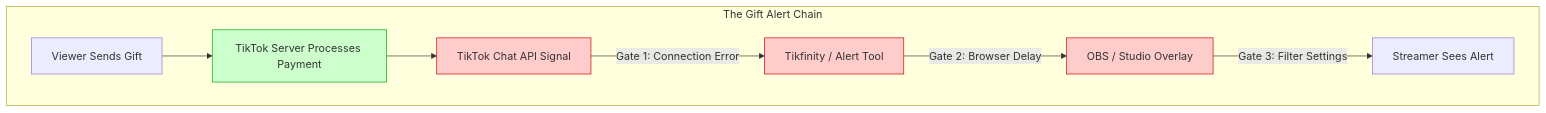
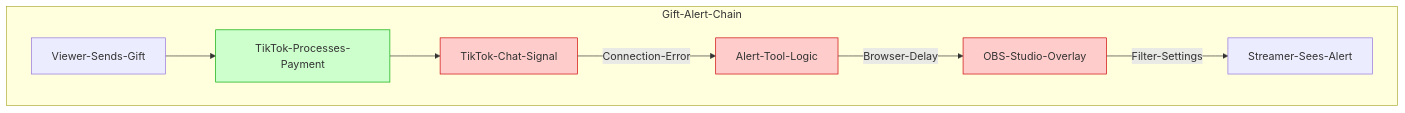
One commit to littl3-boat/ttwise changed the diagram in data/blog/tiktok-live-gifts-not-showing-fix-2026.mdx. Above: the diagram before and after it, drawn with Mermaid. The commit also changed 6 other files, not shown here.

Commit message:
fix: resolve Mermaid syntax errors in recent blog posts

````diff
--- a/data/blog/tiktok-live-gifts-not-showing-fix-2026.mdx
+++ b/data/blog/tiktok-live-gifts-not-showing-fix-2026.mdx
@@ -25,16 +25,16 @@
 ```mermaid
-graph TD
-    subgraph "The Gift Alert Chain"
-        A["Viewer Sends Gift"] --> B["TikTok Server Processes Payment"]
-        B --> C["TikTok Chat API Signal"]
+flowchart TD
+    subgraph Gift-Alert-Chain
+        A[Viewer-Sends-Gift] --> B[TikTok-Processes-Payment]
+        B --> C[TikTok-Chat-Signal]
         
-        C -- "Gate 1: Connection Error" --> D["Tikfinity / Alert Tool"]
-        D -- "Gate 2: Browser Delay" --> E["OBS / Studio Overlay"]
-        E -- "Gate 3: Filter Settings" --> F["Streamer Sees Alert"]
+        C -- Connection-Error --> D[Alert-Tool-Logic]
+        D -- Browser-Delay --> E[OBS-Studio-Overlay]
+        E -- Filter-Settings --> F[Streamer-Sees-Alert]
     end
     
     style B fill:#ccffcc,stroke:#00aa00
     style C fill:#ffcccc,stroke:#cc0000
     style D fill:#ffcccc,stroke:#cc0000
     style E fill:#ffcccc,stroke:#cc0000
 ```
````
